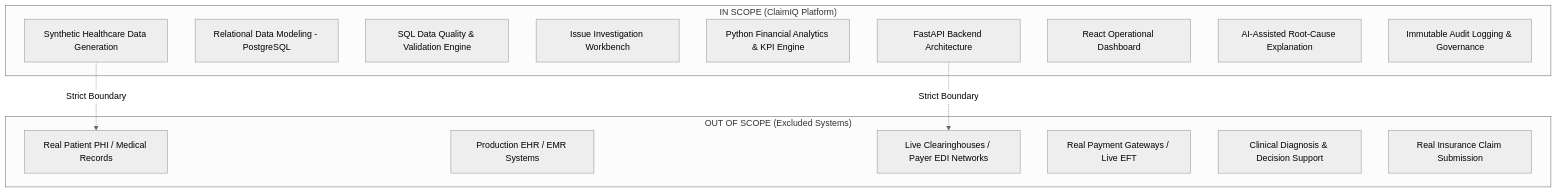
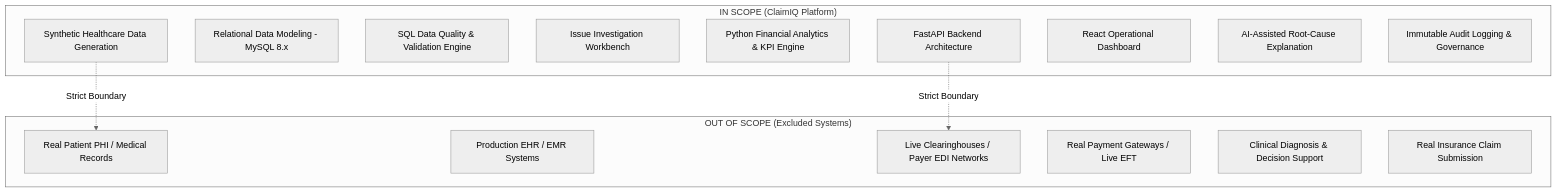
The first of 2 diagrams in docs/project-scope.md (luminancexe/ClaimIQ), drawn with Mermaid (neutral theme) before and after one commit. The commit also changed other lines of this file and 8 other files, not shown here.

First line of the commit message:
Add MySQL architecture and schema documentation

````diff
--- a/docs/project-scope.md
+++ b/docs/project-scope.md
@@ -7,26 +7,26 @@
 ```mermaid
 graph TD
     subgraph "IN SCOPE (ClaimIQ Platform)"
         SYN[Synthetic Healthcare Data Generation]
-        SCHEMA[Relational Data Modeling - PostgreSQL]
+        SCHEMA[Relational Data Modeling - MySQL 8.x]
         RULES[SQL Data Quality & Validation Engine]
         ISSUE[Issue Investigation Workbench]
         ANL[Python Financial Analytics & KPI Engine]
         API[FastAPI Backend Architecture]
         UI[React Operational Dashboard]
         AI[AI-Assisted Root-Cause Explanation]
         AUDIT[Immutable Audit Logging & Governance]
     end
 
     subgraph "OUT OF SCOPE (Excluded Systems)"
         PHI[Real Patient PHI / Medical Records]
         EHR[Production EHR / EMR Systems]
         CLEARING[Live Clearinghouses / Payer EDI Networks]
         BANK[Real Payment Gateways / Live EFT]
         CDSS[Clinical Diagnosis & Decision Support]
         PROD_SUBMIT[Real Insurance Claim Submission]
     end
 
     SYN -.->|Strict Boundary| PHI
     API -.->|Strict Boundary| CLEARING
 ```
````
